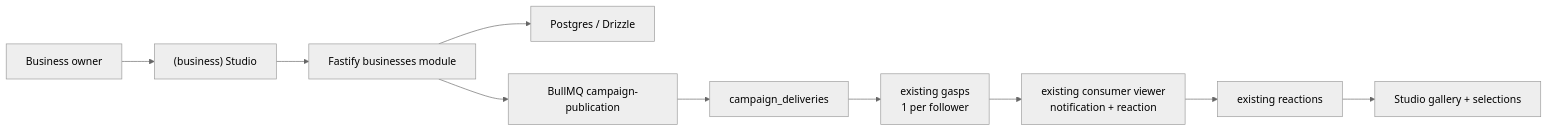
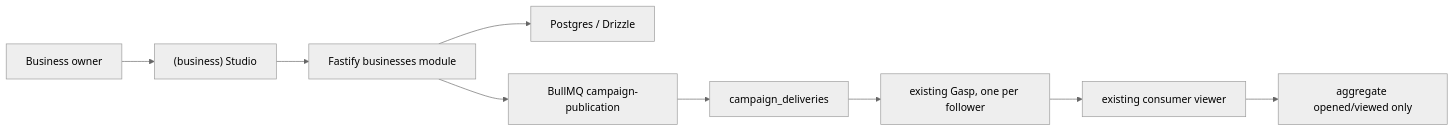
One commit to Go-Get-It-Systems/gasp changed the diagram in .kiro/specs/business-studio/design.md. Above: the diagram before and after it, drawn with Mermaid (neutral theme). The commit also changed other lines of this file and 2 other files, not shown here.

````diff
--- a/.kiro/specs/business-studio/design.md
+++ b/.kiro/specs/business-studio/design.md
@@ -16,12 +10,11 @@
 ```mermaid
 flowchart LR
   Owner["Business owner"] --> Studio["(business) Studio"]
   Studio --> API["Fastify businesses module"]
   API --> DB["Postgres / Drizzle"]
   API --> Queue["BullMQ campaign-publication"]
   Queue --> Delivery["campaign_deliveries"]
-  Delivery --> Gasp["existing gasps\n1 per follower"]
-  Gasp --> User["existing consumer viewer\nnotification + reaction"]
-  User --> Reactions["existing reactions"]
-  Reactions --> Gallery["Studio gallery + selections"]
+  Delivery --> Gasp["existing Gasp, one per follower"]
+  Gasp --> Follower["existing consumer viewer"]
+  Follower --> Metrics["aggregate opened/viewed only"]
 ```
````
